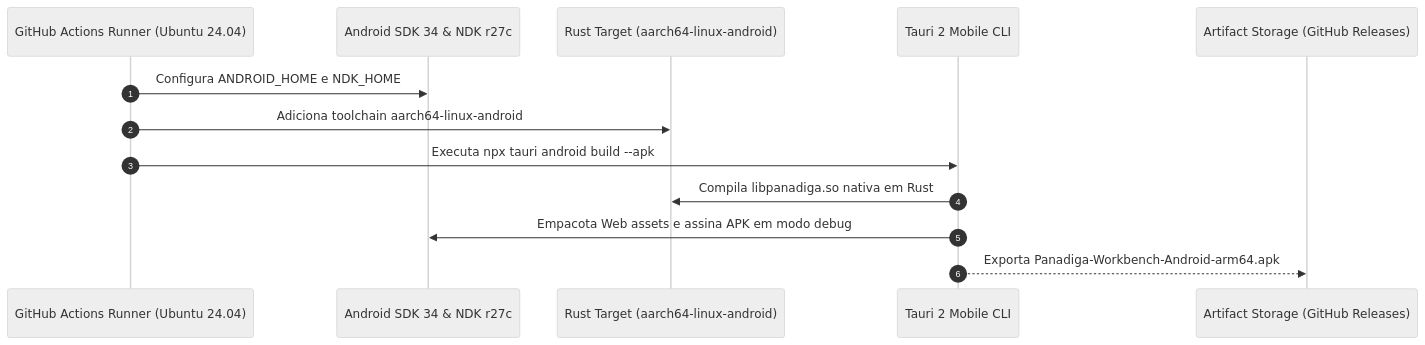
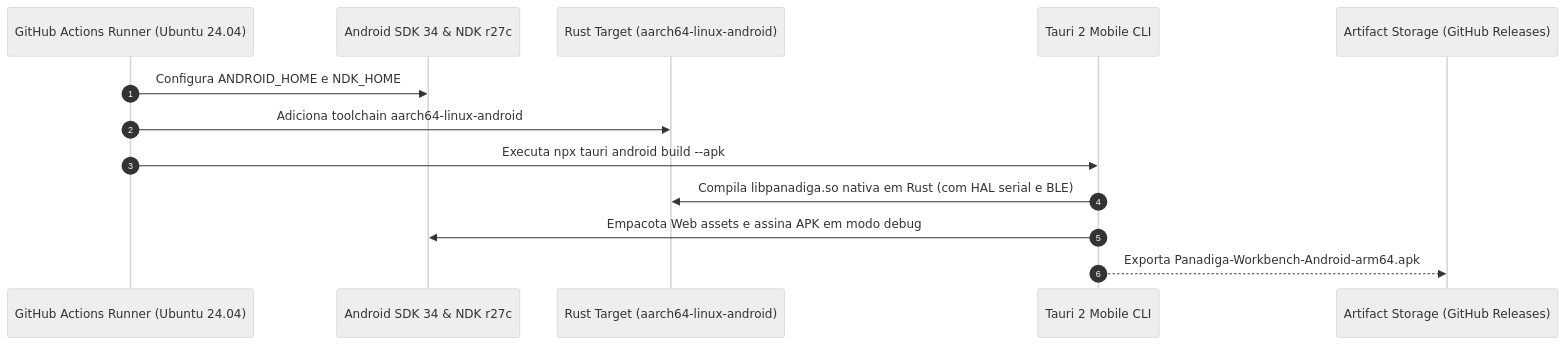
Before and after one commit to danielchrono/Panadiga: the second of 2 diagrams in docs/ARQUITETURA_MOBILE_ANDROID_E_BLUETOOTH.md, drawn with Mermaid (neutral theme). The commit also changed other lines of this file and 5 other files, not shown here.

Commit message:
docs(mobile): clarify native Rust HAL via Tauri 2 and document technical refutation of WebUSB

````diff
--- a/docs/ARQUITETURA_MOBILE_ANDROID_E_BLUETOOTH.md
+++ b/docs/ARQUITETURA_MOBILE_ANDROID_E_BLUETOOTH.md
@@ -126,16 +134,16 @@
 ```mermaid
 sequenceDiagram
     autonumber
     participant GA as GitHub Actions Runner (Ubuntu 24.04)
     participant SDK as Android SDK 34 & NDK r27c
     participant RUST as Rust Target (aarch64-linux-android)
     participant TAURI as Tauri 2 Mobile CLI
     participant ART as Artifact Storage (GitHub Releases)
 
     GA->>SDK: Configura ANDROID_HOME e NDK_HOME
     GA->>RUST: Adiciona toolchain aarch64-linux-android
     GA->>TAURI: Executa npx tauri android build --apk
-    TAURI->>RUST: Compila libpanadiga.so nativa em Rust
+    TAURI->>RUST: Compila libpanadiga.so nativa em Rust (com HAL serial e BLE)
     TAURI->>SDK: Empacota Web assets e assina APK em modo debug
     TAURI-->>ART: Exporta Panadiga-Workbench-Android-arm64.apk
 ```
````
